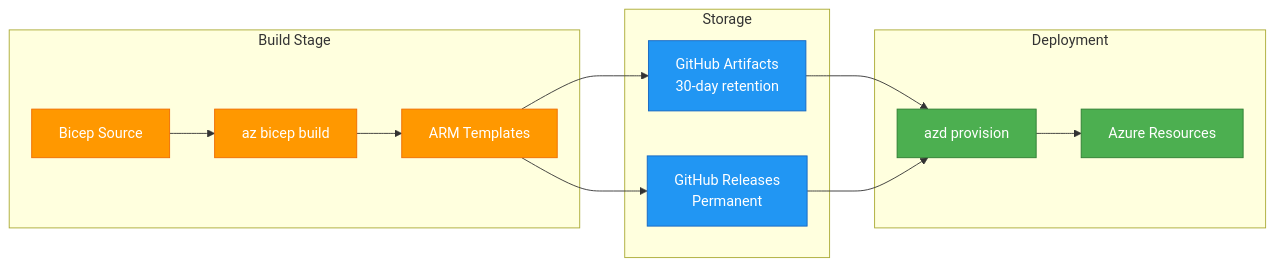
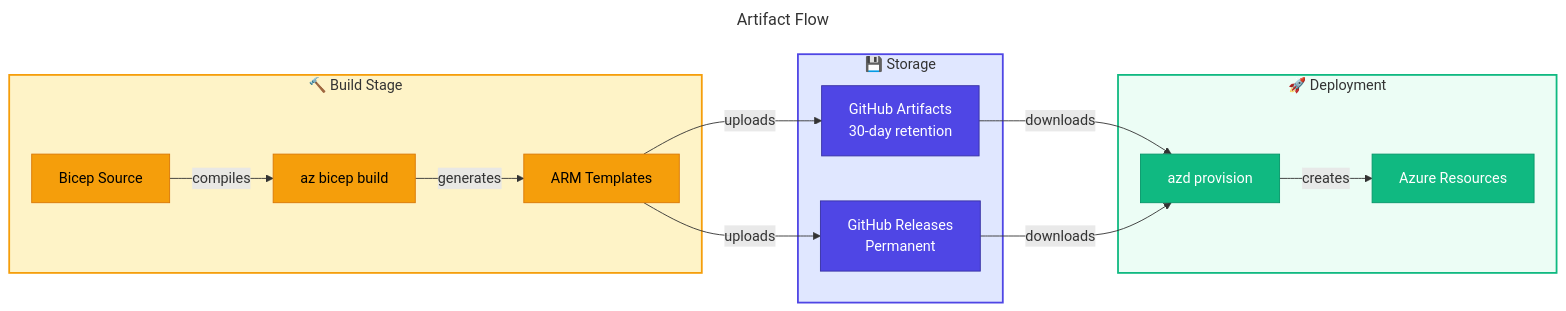
Before and after one commit to Evilazaro/DevExp-DevBox: the seventh of 7 diagrams in docs/architecture/07-deployment-architecture.md, drawn with Mermaid. The commit also changed other lines of this file, not shown here.

Commit message:
Enhance high-level architecture diagrams in deployment documentation for improved clarity and detail, including refined connections and node styles.

````diff
--- a/docs/architecture/07-deployment-architecture.md
+++ b/docs/architecture/07-deployment-architecture.md
@@ -384,33 +467,47 @@
 ```mermaid
+---
+title: Artifact Flow
+---
 flowchart LR
-    subgraph "Build Stage"
+    %% ===== BUILD STAGE =====
+    subgraph Build["🔨 Build Stage"]
         B1["Bicep Source"]
         B2["az bicep build"]
         B3["ARM Templates"]
-        B1 --> B2 --> B3
+        B1 -->|compiles| B2
+        B2 -->|generates| B3
     end
 
-    subgraph "Storage"
-        S1["GitHub Artifacts<br>30-day retention"]
-        S2["GitHub Releases<br>Permanent"]
+    %% ===== STORAGE =====
+    subgraph Storage["💾 Storage"]
+        S1["GitHub Artifacts<br/>30-day retention"]
+        S2["GitHub Releases<br/>Permanent"]
     end
 
-    subgraph "Deployment"
+    %% ===== DEPLOYMENT =====
+    subgraph Deployment["🚀 Deployment"]
         D1["azd provision"]
         D2["Azure Resources"]
-        D1 --> D2
+        D1 -->|creates| D2
     end
 
-    B3 --> S1
-    B3 --> S2
-    S1 --> D1
-    S2 --> D1
+    %% ===== CONNECTIONS =====
+    B3 -->|uploads| S1
+    B3 -->|uploads| S2
+    S1 -->|downloads| D1
+    S2 -->|downloads| D1
 
-    classDef build fill:#FF9800,stroke:#EF6C00,color:#fff
-    classDef storage fill:#2196F3,stroke:#1565C0,color:#fff
-    classDef deploy fill:#4CAF50,stroke:#2E7D32,color:#fff
+    %% ===== NODE STYLES =====
+    classDef datastore fill:#F59E0B,stroke:#D97706,color:#000000
+    classDef primary fill:#4F46E5,stroke:#3730A3,color:#FFFFFF
+    classDef secondary fill:#10B981,stroke:#059669,color:#FFFFFF
 
-    class B1,B2,B3 build
-    class S1,S2 storage
-    class D1,D2 deploy
+    class B1,B2,B3 datastore
+    class S1,S2 primary
+    class D1,D2 secondary
+
+    %% ===== SUBGRAPH STYLES =====
+    style Build fill:#FEF3C7,stroke:#F59E0B,stroke-width:2px
+    style Storage fill:#E0E7FF,stroke:#4F46E5,stroke-width:2px
+    style Deployment fill:#ECFDF5,stroke:#10B981,stroke-width:2px
 ```
````
